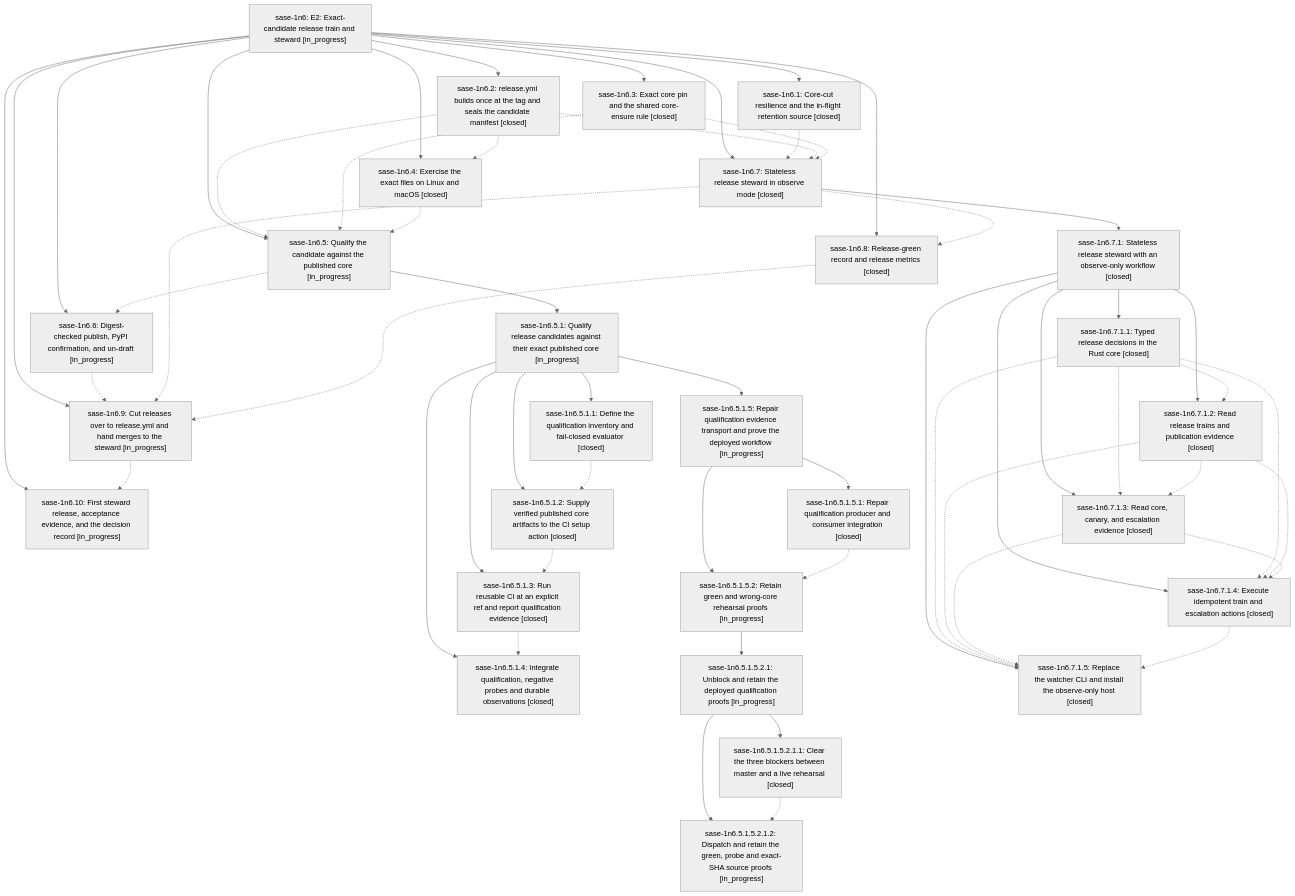
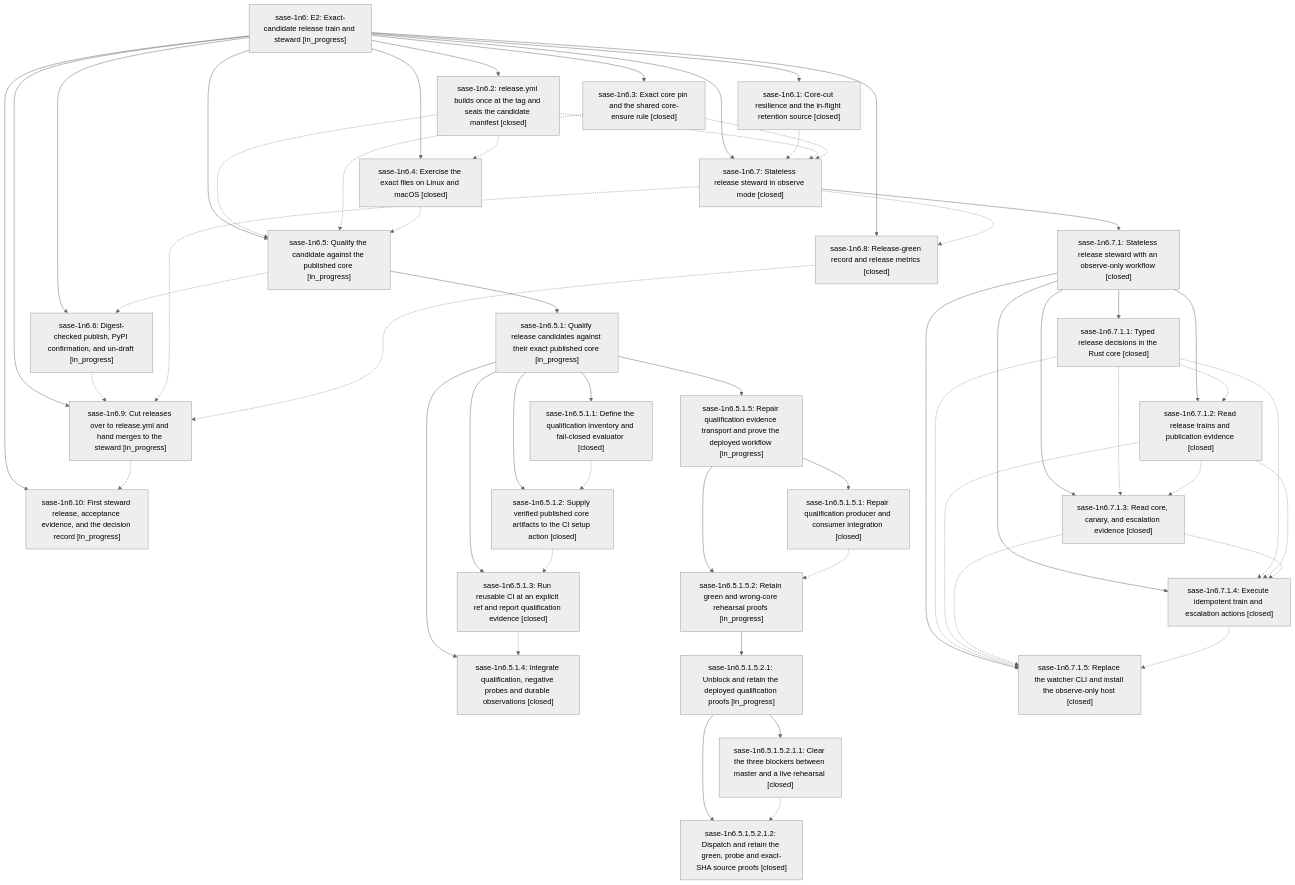
The diagram in pages/sase-1n6/README.md (sase-org/sase--beads), drawn with Mermaid (neutral theme) before and after one commit. The commit also changed other lines of this file and 16 other files, not shown here.

```diff
--- a/pages/sase-1n6/README.md
+++ b/pages/sase-1n6/README.md
@@ -83,7 +83,7 @@
     n14["sase-1n6.5.1.5.2: Retain green and wrong-core rehearsal proofs [in_progress]"]
     n15["sase-1n6.5.1.5.2.1: Unblock and retain the deployed qualification proofs [in_progress]"]
     n16["sase-1n6.5.1.5.2.1.1: Clear the three blockers between master and a live rehearsal [closed]"]
-    n17["sase-1n6.5.1.5.2.1.2: Dispatch and retain the green, probe and exact-SHA source proofs [in_progress]"]
+    n17["sase-1n6.5.1.5.2.1.2: Dispatch and retain the green, probe and exact-SHA source proofs [closed]"]
     n18["sase-1n6.6: Digest-checked publish, PyPI confirmation, and un-draft [in_progress]"]
     n19["sase-1n6.7: Stateless release steward in observe mode [closed]"]
     n20["sase-1n6.7.1: Stateless release steward with an observe-only workflow [closed]"]
```
